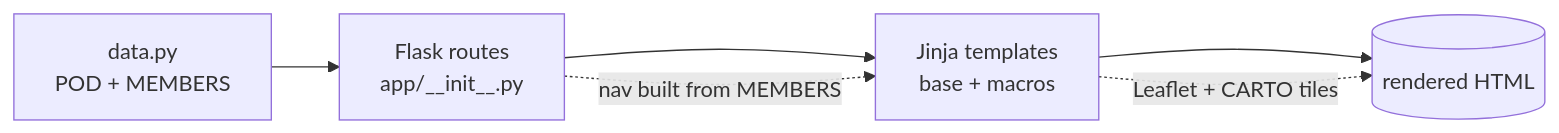
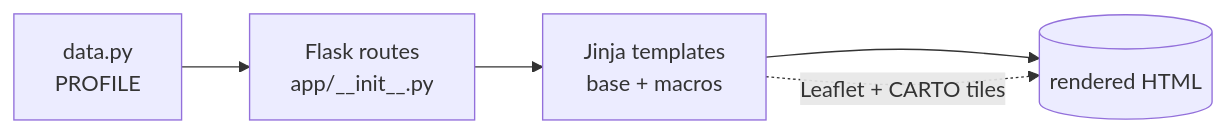
The diagram in README.md (Builder106/mlh-meta-pe-portfolio), drawn with Mermaid before and after one commit. The commit also changed other lines of this file and 11 other files, not shown here.

````diff
--- a/README.md
+++ b/README.md
@@ -51,8 +50,7 @@
 ```mermaid
 flowchart LR
-    A[data.py<br/>POD + MEMBERS] --> B[Flask routes<br/>app/__init__.py]
+    A[data.py<br/>PROFILE] --> B[Flask routes<br/>app/__init__.py]
     B --> C[Jinja templates<br/>base + macros]
     C --> D[(rendered HTML)]
-    B -. nav built from MEMBERS .-> C
     C -. Leaflet + CARTO tiles .-> D
 ```
````
